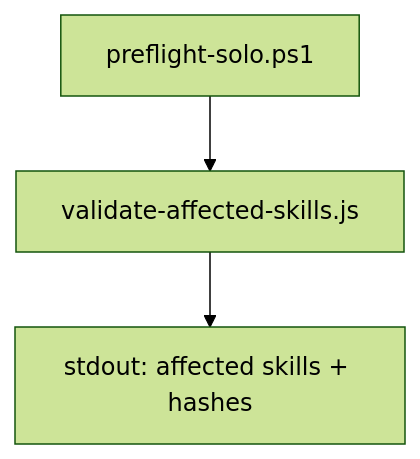
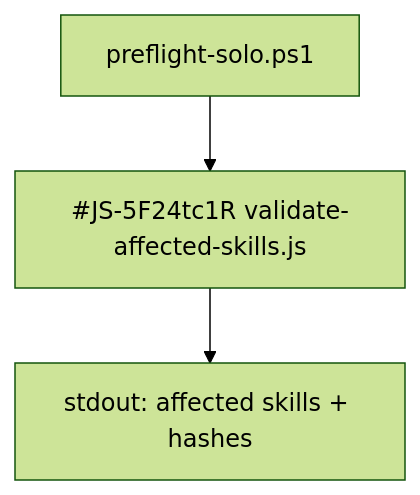
One commit to aoponomarev/mmb changed the second of 6 diagrams in docs/ais/ais-anti-staleness.md. Above: the diagram before and after it, drawn with Mermaid (forest theme). The commit also changed other lines of this file and 31 other files, not shown here.

````diff
--- a/docs/ais/ais-anti-staleness.md
+++ b/docs/ais/ais-anti-staleness.md
@@ -49,6 +49,6 @@
 ```mermaid
 flowchart TB
     PS[preflight-solo.ps1]
-    PS --> VAF[validate-affected-skills.js]
+    PS --> VAF[#JS-5F24tc1R validate-affected-skills.js]
     VAF --> OUT[stdout: affected skills + hashes]
 ```
````
